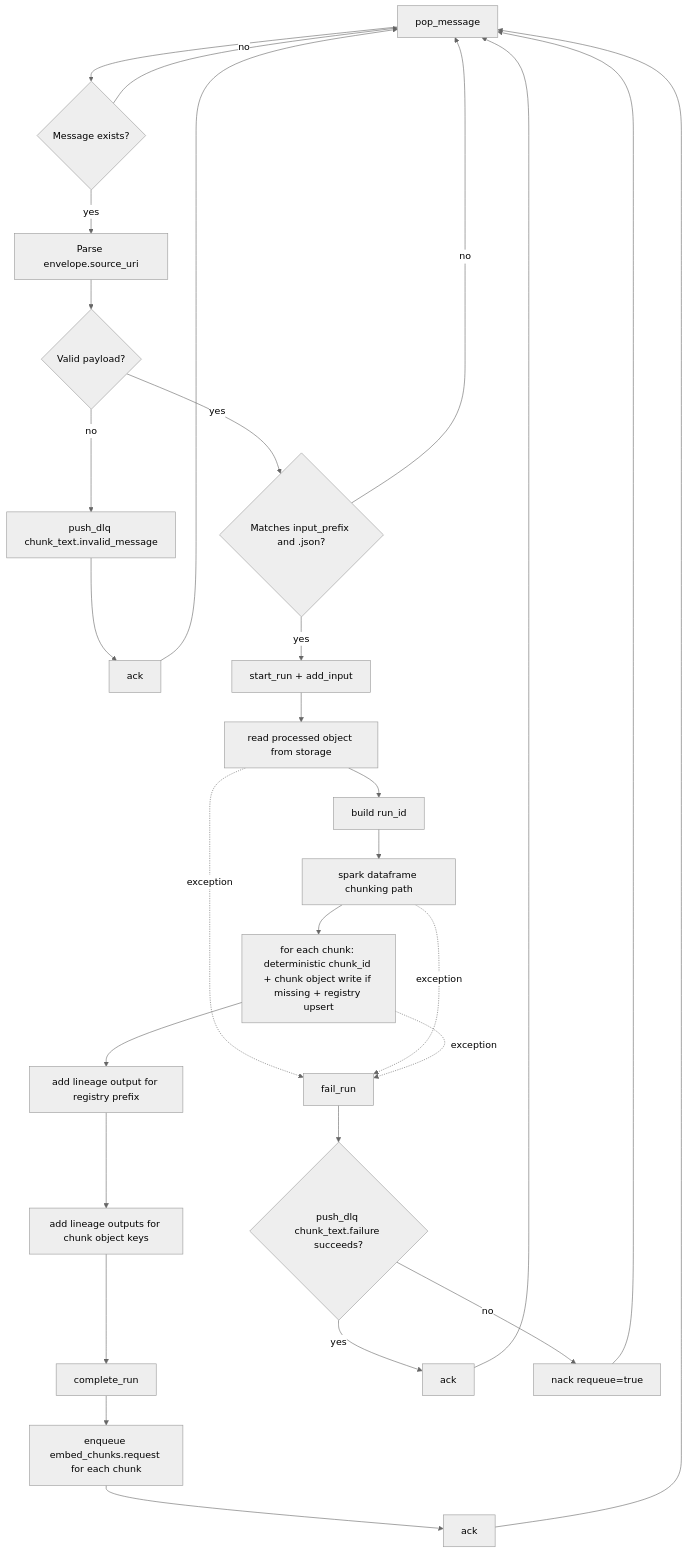
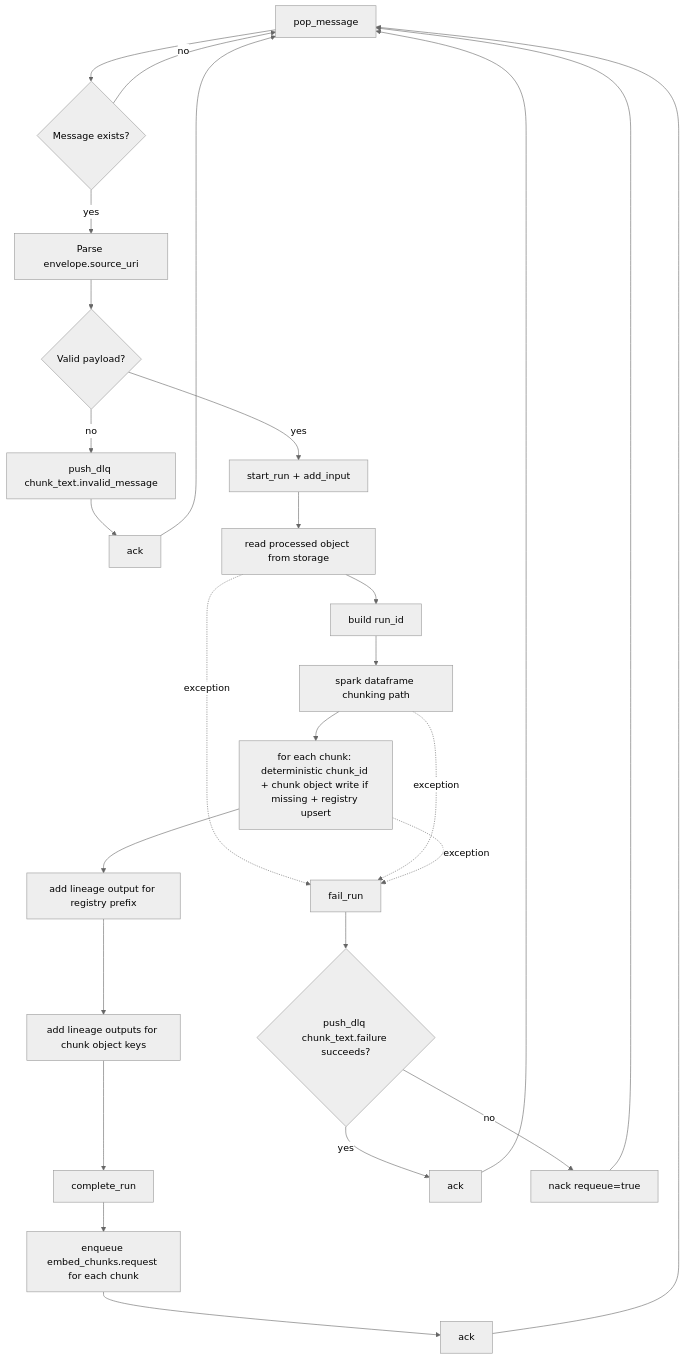
One commit to ElwesHonorato/governed-rag-foundation changed the first of 3 diagrams in domains/worker_chunk_text/docs/SIREN_WORKFLOW.md. Above: the diagram before and after it, drawn with Mermaid (neutral theme). The commit also changed other lines of this file and 16 other files, not shown here.

Commit message:
refactor(config): remove storage input_prefix from downstream workers

````diff
--- a/domains/worker_chunk_text/docs/SIREN_WORKFLOW.md
+++ b/domains/worker_chunk_text/docs/SIREN_WORKFLOW.md
@@ -9,36 +9,34 @@
 ```mermaid
 flowchart TD
     A[pop_message] --> B{Message exists?}
     B -- no --> A
     B -- yes --> C[Parse envelope.source_uri]
 
     C --> D{Valid payload?}
     D -- no --> D1[push_dlq chunk_text.invalid_message]
     D1 --> D2[ack]
     D2 --> A
 
-    D -- yes --> E{Matches input_prefix and .json?}
-    E -- no --> A
-    E -- yes --> F[start_run + add_input]
+    D -- yes --> F[start_run + add_input]
 
     F --> G[read processed object from storage]
     G --> H[build run_id]
     H --> K[spark dataframe chunking path]
     K --> L[for each chunk: deterministic chunk_id + chunk object write if missing + registry upsert]
 
     L --> M[add lineage output for registry prefix]
     M --> N[add lineage outputs for chunk object keys]
     N --> O[complete_run]
     O --> P[enqueue embed_chunks.request for each chunk]
     P --> Q[ack]
     Q --> A
 
     G -. exception .-> X[fail_run]
     K -. exception .-> X
     L -. exception .-> X
     X --> Y{push_dlq chunk_text.failure succeeds?}
     Y -- yes --> Z[ack]
     Y -- no --> Z2[nack requeue=true]
     Z --> A
     Z2 --> A
 ```
````
